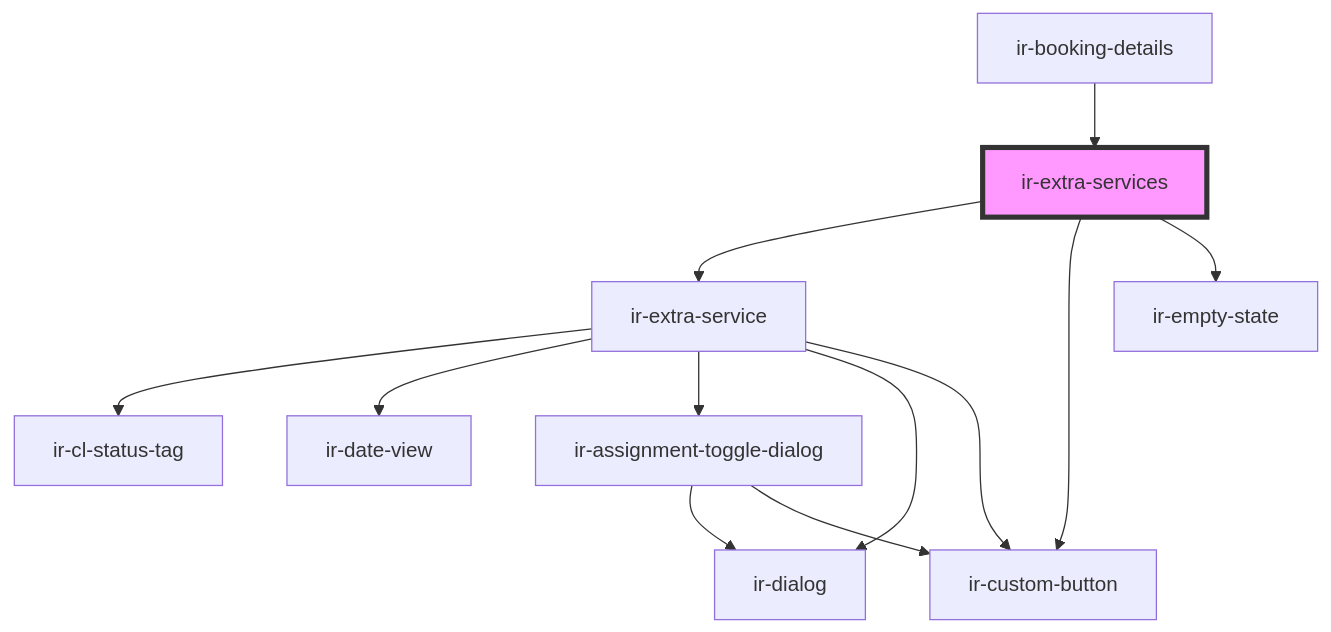
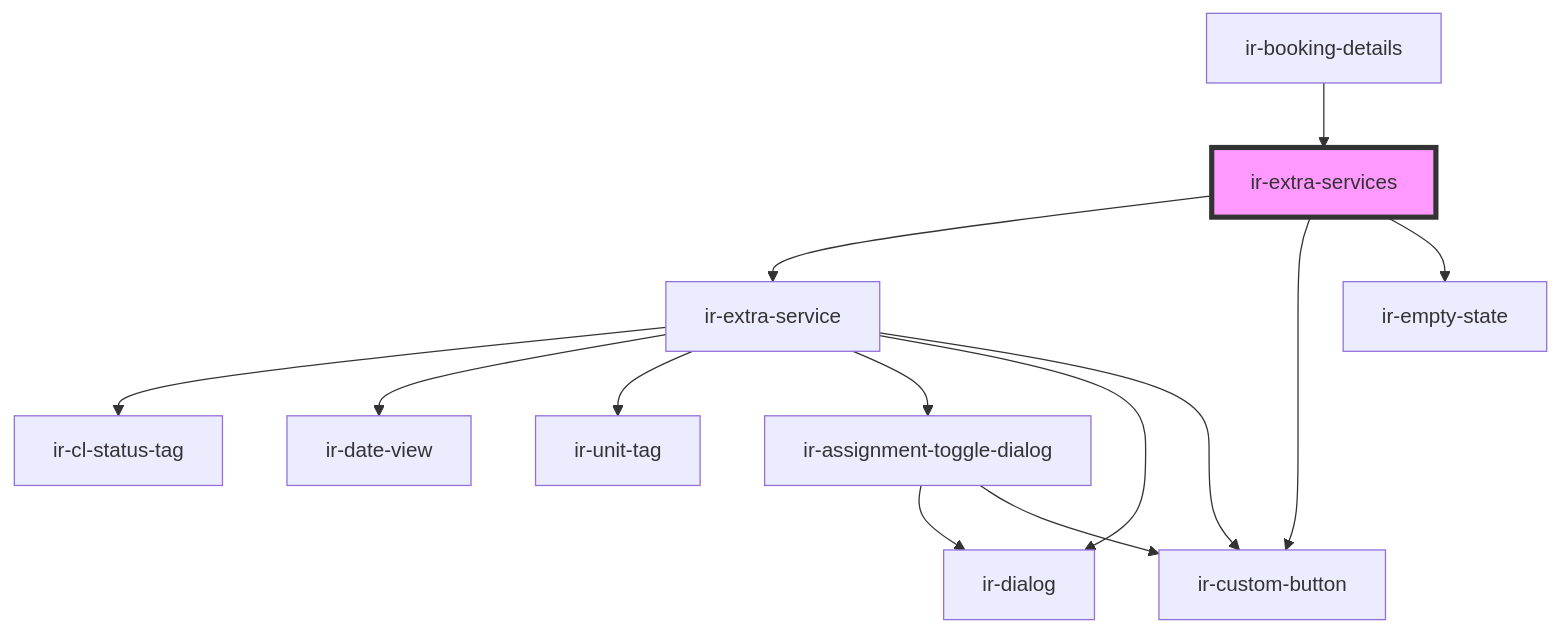
One commit to RonyRizk/ir-webcmp changed the diagram in src/components/ir-booking-details/ir-extra-services/readme.md. Above: the diagram before and after it, drawn with Mermaid. The commit also changed other lines of this file and 244 other files, not shown here.

````diff
--- a/src/components/ir-booking-details/ir-extra-services/readme.md
+++ b/src/components/ir-booking-details/ir-extra-services/readme.md
@@ -32,15 +32,16 @@
 ```mermaid
 graph TD;
   ir-extra-services --> ir-extra-service
   ir-extra-services --> ir-custom-button
   ir-extra-services --> ir-empty-state
   ir-extra-service --> ir-cl-status-tag
   ir-extra-service --> ir-date-view
+  ir-extra-service --> ir-unit-tag
   ir-extra-service --> ir-assignment-toggle-dialog
   ir-extra-service --> ir-dialog
   ir-extra-service --> ir-custom-button
   ir-assignment-toggle-dialog --> ir-dialog
   ir-assignment-toggle-dialog --> ir-custom-button
   ir-booking-details --> ir-extra-services
   style ir-extra-services fill:#f9f,stroke:#333,stroke-width:4px
 ```
````
